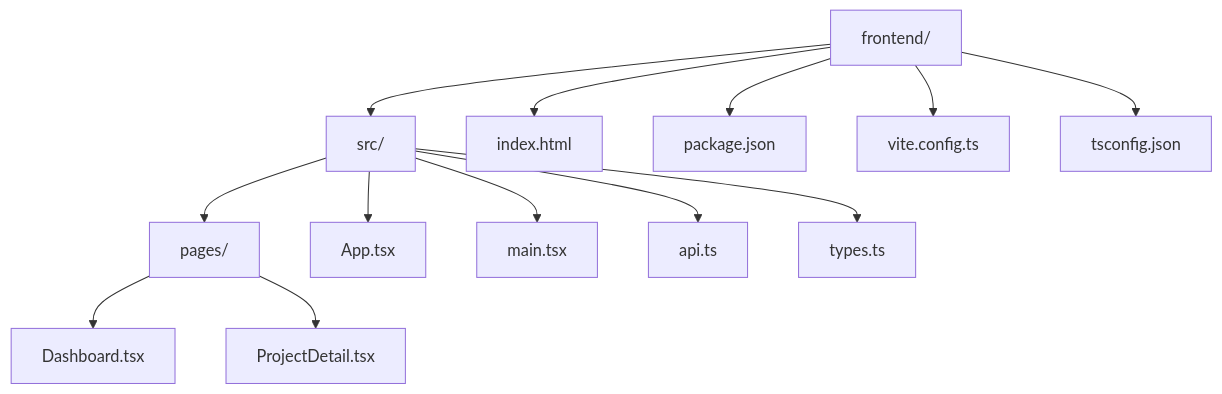
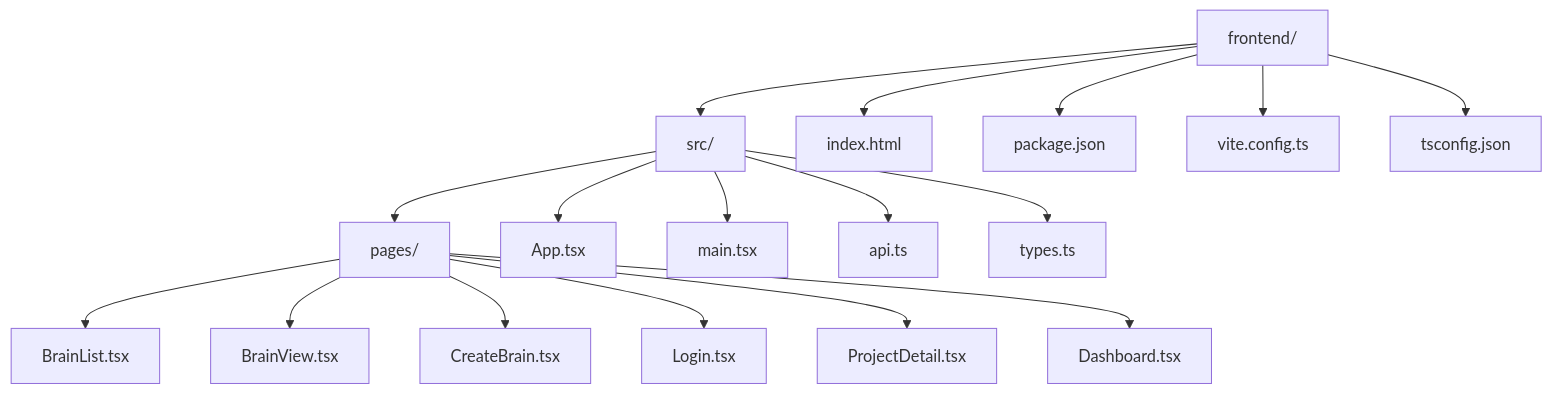
One commit to GDY-ai/ainstein changed the first of 22 diagrams in .qoder/repowiki/zh/content/前端应用/前端应用.md. Above: the diagram before and after it, drawn with Mermaid. The commit also changed other lines of this file and 61 other files, not shown here.

Commit message:
fix: 修复前端路由 — BrainList/CreateBrain 导航到 /brain/:id 而非 /project/:id

````diff
--- a/.qoder/repowiki/zh/content/前端应用/前端应用.md
+++ b/.qoder/repowiki/zh/content/前端应用/前端应用.md
@@ -44,15 +48,19 @@
 ```mermaid
 graph TD
 A[frontend/] --> B[src/]
 A --> C[index.html]
 A --> D[package.json]
 A --> E[vite.config.ts]
 A --> F[tsconfig.json]
 B --> G[pages/]
 B --> H[App.tsx]
 B --> I[main.tsx]
 B --> J[api.ts]
 B --> K[types.ts]
-G --> L[Dashboard.tsx]
-G --> M[ProjectDetail.tsx]
+G --> L[BrainList.tsx]
+G --> M[BrainView.tsx]
+G --> N[CreateBrain.tsx]
+G --> O[Login.tsx]
+G --> P[ProjectDetail.tsx]
+G --> Q[Dashboard.tsx]
 ```
````
